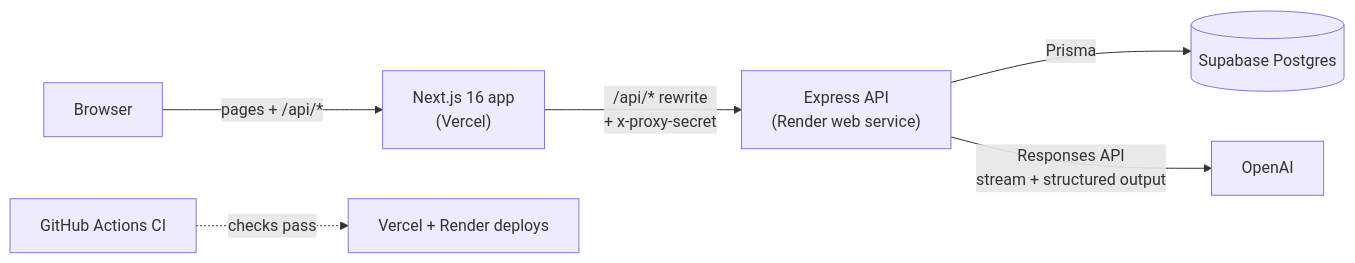
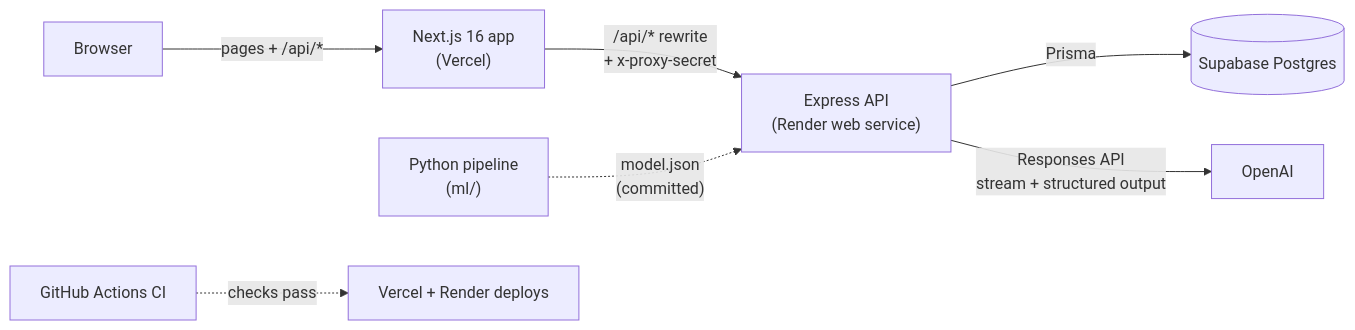
The diagram in README.md (Nadeeja99/GrowthTracker), drawn with Mermaid before and after one commit. The commit also changed other lines of this file and 53 other files, not shown here.

````diff
--- a/README.md
+++ b/README.md
@@ -43,8 +49,9 @@
 ```mermaid
 flowchart LR
   B[Browser] -->|pages + /api/*| W["Next.js 16 app<br/>(Vercel)"]
   W -->|"/api/* rewrite<br/>+ x-proxy-secret"| A["Express API<br/>(Render web service)"]
   A -->|Prisma| D[(Supabase Postgres)]
   A -->|"Responses API<br/>stream + structured output"| O[OpenAI]
+  ML["Python pipeline<br/>(ml/)"] -.->|"model.json<br/>(committed)"| A
   GH[GitHub Actions CI] -.->|checks pass| R[Vercel + Render deploys]
 ```
````
